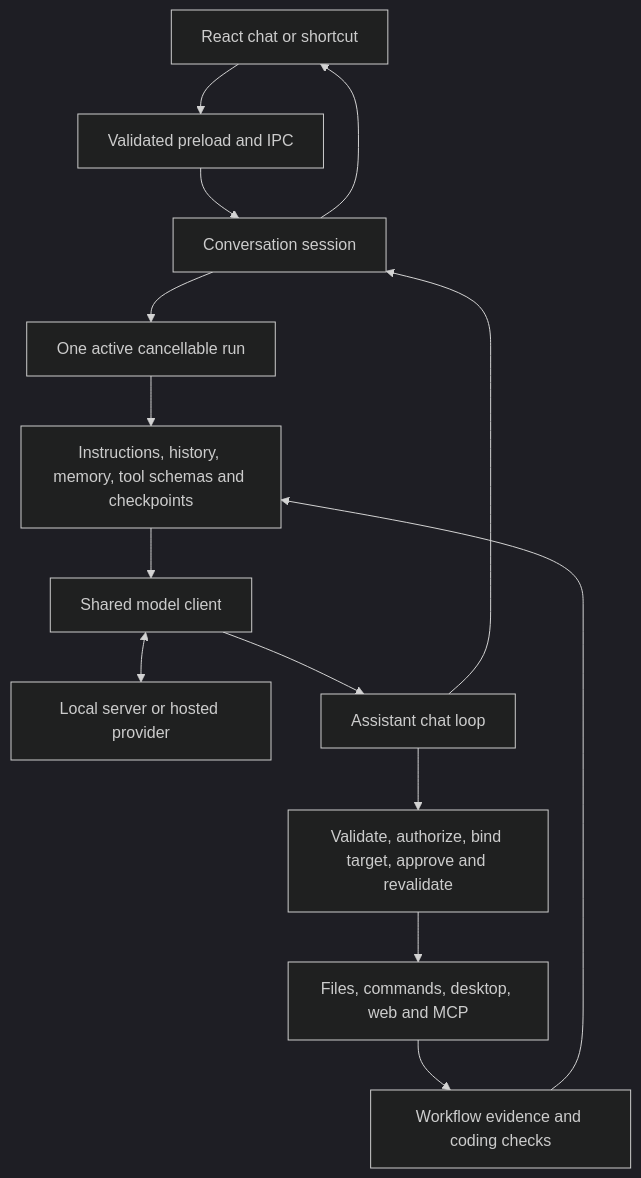
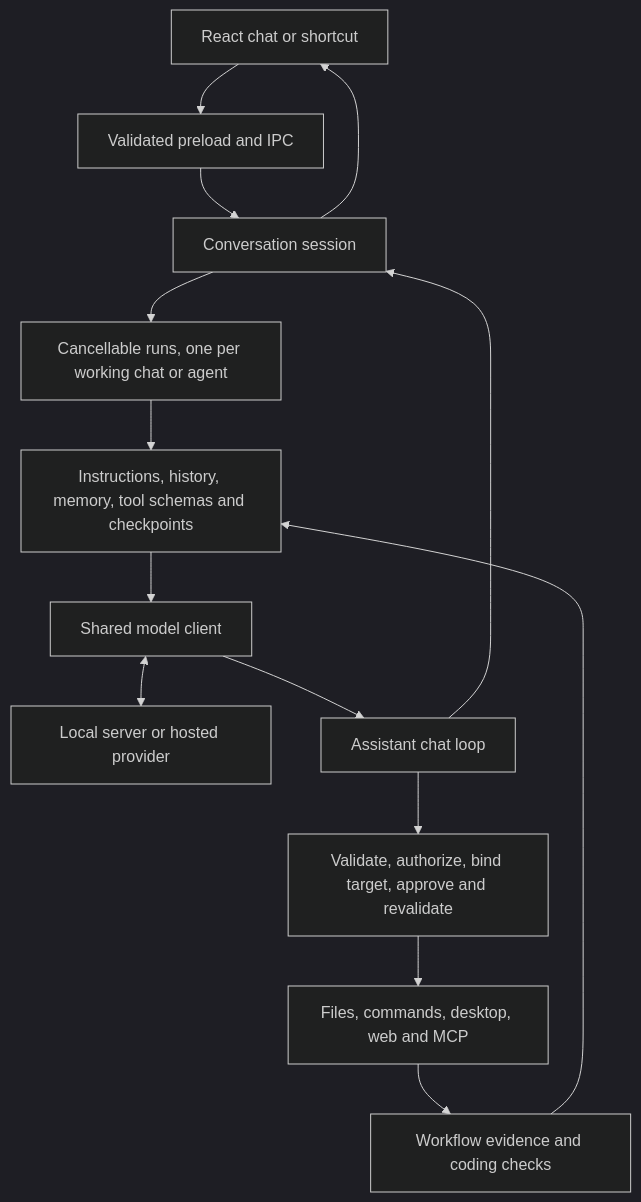
The diagram in ARCHITECTURE.md (Chirraaa/sophon), drawn with Mermaid (dark theme) before and after one commit. The commit also changed other lines of this file and 32 other files, not shown here.

````diff
--- a/ARCHITECTURE.md
+++ b/ARCHITECTURE.md
@@ -9,16 +9,16 @@
 ```mermaid
 flowchart TD
   UI[React chat or shortcut] --> IPC[Validated preload and IPC]
   IPC --> SESSION[Conversation session]
-  SESSION --> RUN[One active cancellable run]
+  SESSION --> RUN[Cancellable runs, one per working chat or agent]
   RUN --> CONTEXT[Instructions, history, memory, tool schemas and checkpoints]
   CONTEXT --> CLIENT[Shared model client]
   CLIENT <--> PROVIDER[Local server or hosted provider]
   CLIENT --> LOOP[Assistant chat loop]
   LOOP --> GATE[Validate, authorize, bind target, approve and revalidate]
   GATE --> TOOLS[Files, commands, desktop, web and MCP]
   TOOLS --> EVIDENCE[Workflow evidence and coding checks]
   EVIDENCE --> CONTEXT
   LOOP --> SESSION
   SESSION --> UI
 ```
````
